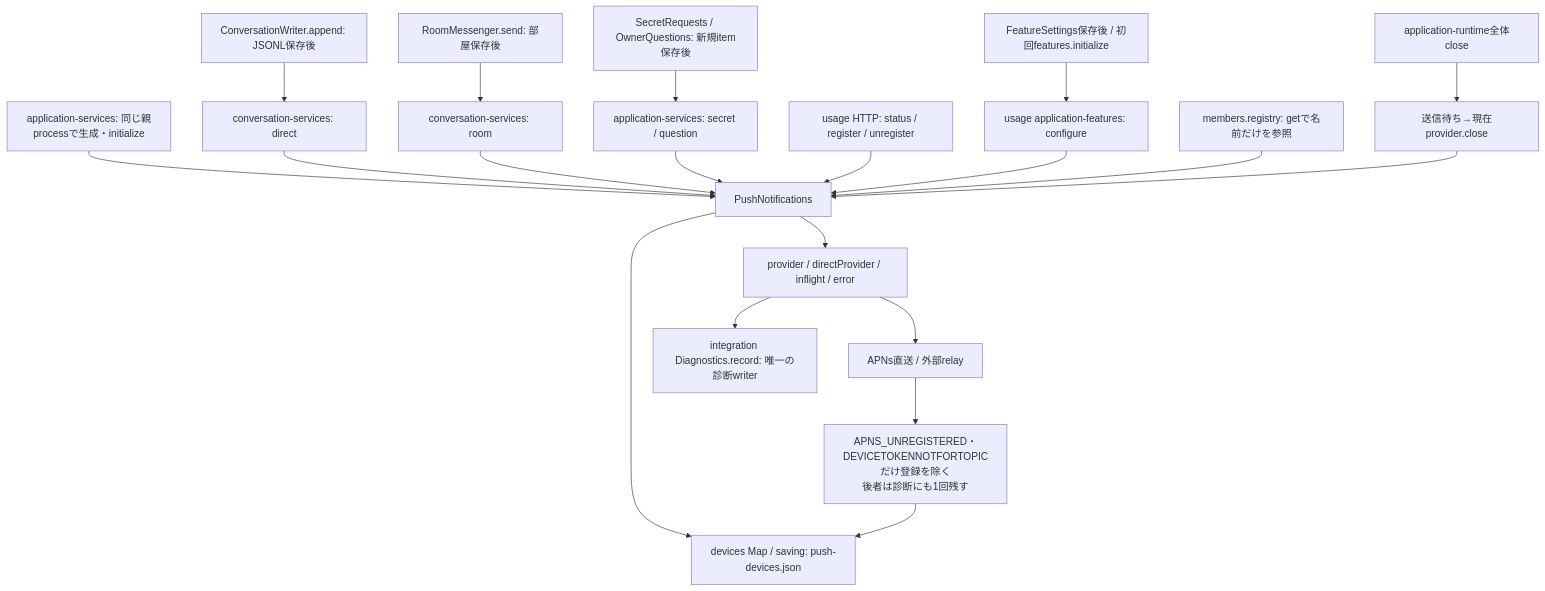
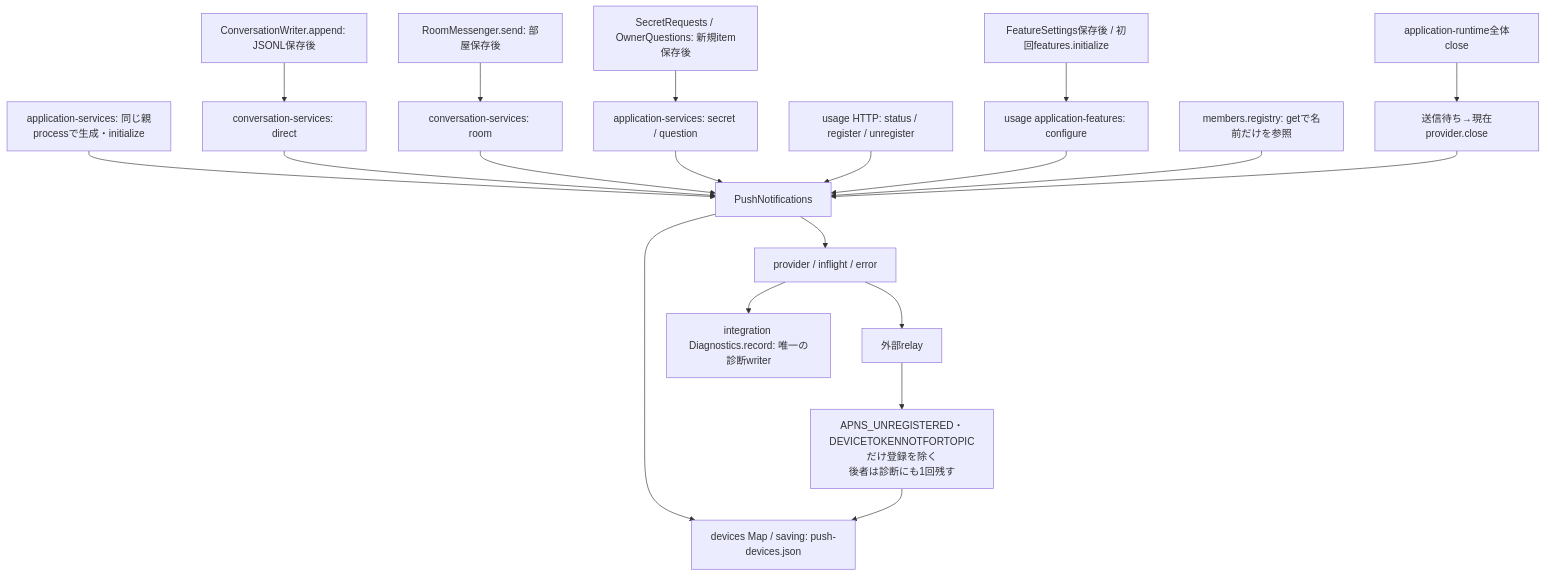
Before and after one commit to kitepon/BellTeam: the third of 7 diagrams in docs/architecture/modules/usage/notification-process.md, drawn with Mermaid. The commit also changed other lines of this file and 41 other files, not shown here.

First line of the commit message:
Remove the direct push path and the Settings 1Password feature; the relay is the only push path

````diff
--- a/docs/architecture/modules/usage/notification-process.md
+++ b/docs/architecture/modules/usage/notification-process.md
@@ -50,22 +50,22 @@
 ```mermaid
 flowchart TD
   Assembly[application-services: 同じ親processで生成・initialize] --> Push[PushNotifications]
   Saved[ConversationWriter.append: JSONL保存後] --> Direct[conversation-services: direct]
   RoomSaved[RoomMessenger.send: 部屋保存後] --> Room[conversation-services: room]
   Cards[SecretRequests / OwnerQuestions: 新規item保存後] --> Requests[application-services: secret / question]
   Direct --> Push
   Room --> Push
   Requests --> Push
   HTTP[usage HTTP: status / register / unregister] --> Push
   Settings[FeatureSettings保存後 / 初回features.initialize] --> Configure[usage application-features: configure]
   Configure --> Push
   Bots[members.registry: getで名前だけを参照] --> Push
   Push --> Devices[devices Map / saving: push-devices.json]
-  Push --> Sending[provider / directProvider / inflight / error]
-  Sending --> Provider[APNs直送 / 外部relay]
+  Push --> Sending[provider / inflight / error]
+  Sending --> Provider[外部relay]
   Provider --> Expired[APNS_UNREGISTERED・DEVICETOKENNOTFORTOPICだけ登録を除く<br/>後者は診断にも1回残す]
   Expired --> Devices
   Sending --> Diagnostics[integration Diagnostics.record: 唯一の診断writer]
   Shutdown[application-runtime全体close] --> Close[送信待ち→現在provider.close]
   Close --> Push
 ```
````
